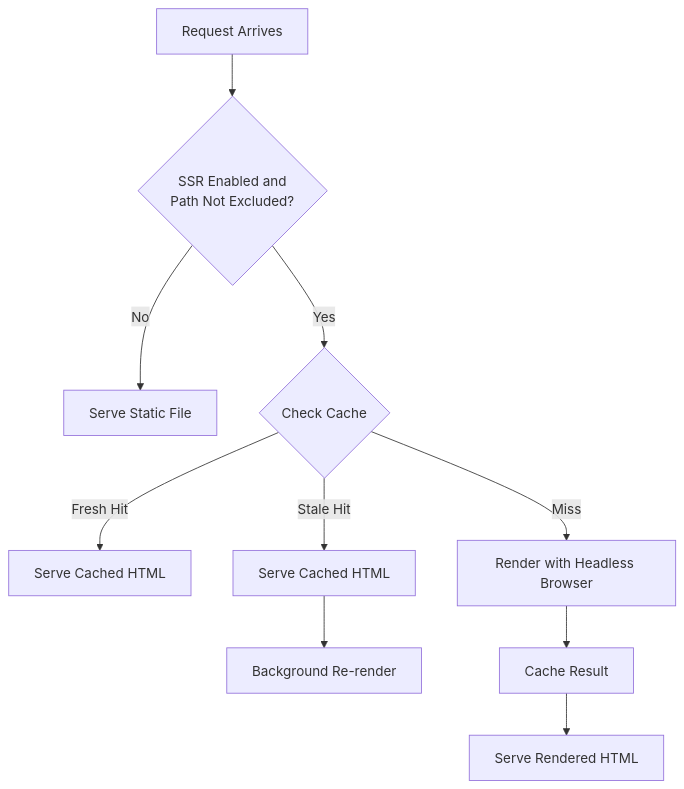
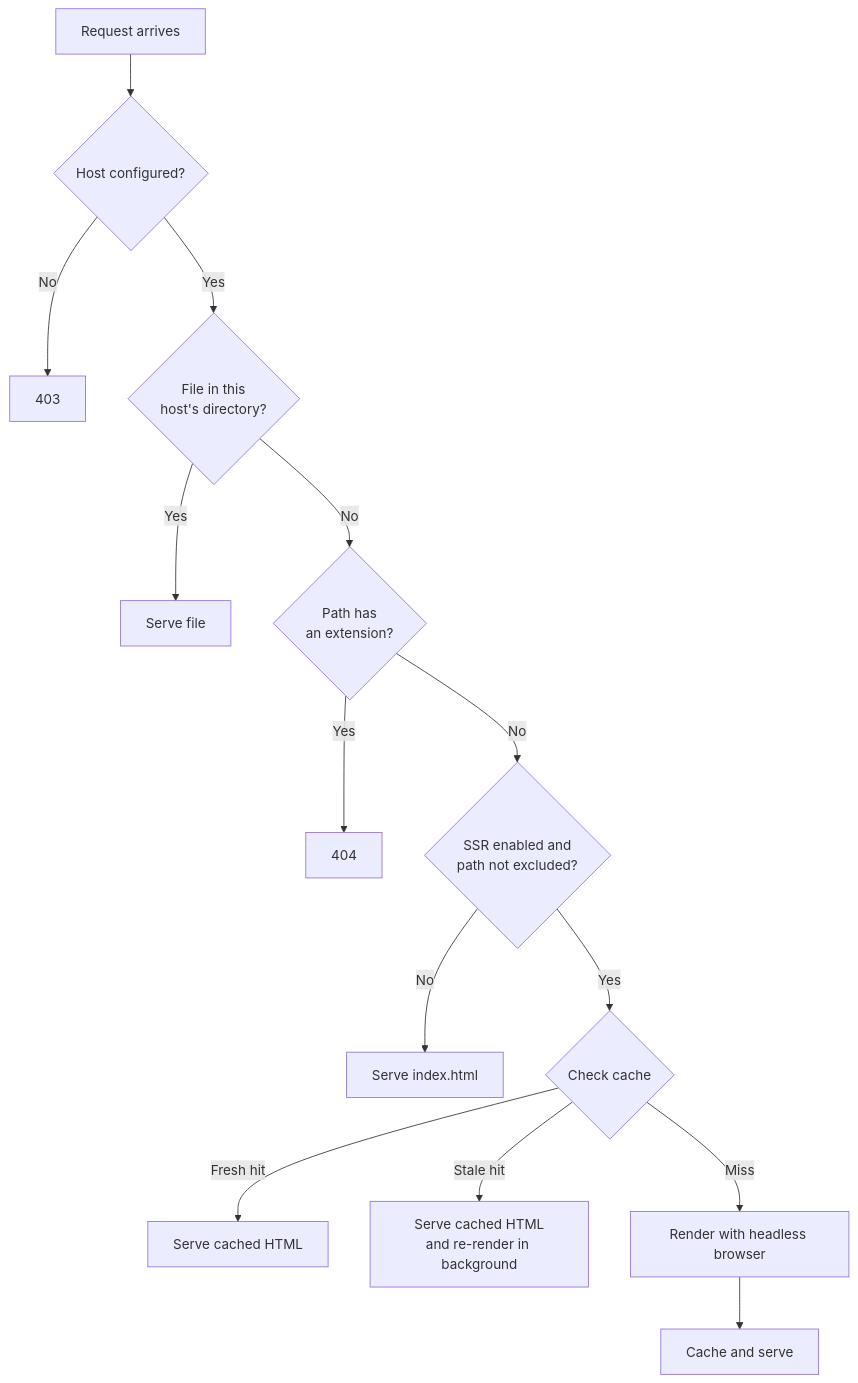
One commit to neilveil/renderx changed the diagram in readme.md. Above: the diagram before and after it, drawn with Mermaid. The commit also changed other lines of this file and 9 other files, not shown here.

First line of the commit message:
fix(routing): resolve every host to its own directory only

````diff
--- a/readme.md
+++ b/readme.md
@@ -218,12 +229,16 @@
 ```mermaid
 flowchart TD
-    A[Request Arrives] --> B{SSR Enabled and<br>Path Not Excluded?}
-    B -->|No| C[Serve Static File]
-    B -->|Yes| D{Check Cache}
-    D -->|Fresh Hit| E[Serve Cached HTML]
-    D -->|Stale Hit| F[Serve Cached HTML]
-    F --> G[Background Re-render]
-    D -->|Miss| H[Render with Headless Browser]
-    H --> I[Cache Result]
-    I --> J[Serve Rendered HTML]
+    A[Request arrives] --> B{Host configured?}
+    B -->|No| C[403]
+    B -->|Yes| D{File in this<br>host's directory?}
+    D -->|Yes| E[Serve file]
+    D -->|No| F{Path has<br>an extension?}
+    F -->|Yes| G[404]
+    F -->|No| H{SSR enabled and<br>path not excluded?}
+    H -->|No| I[Serve index.html]
+    H -->|Yes| J{Check cache}
+    J -->|Fresh hit| K[Serve cached HTML]
+    J -->|Stale hit| L[Serve cached HTML<br>and re-render in background]
+    J -->|Miss| M[Render with headless browser]
+    M --> N[Cache and serve]
 ```
````
